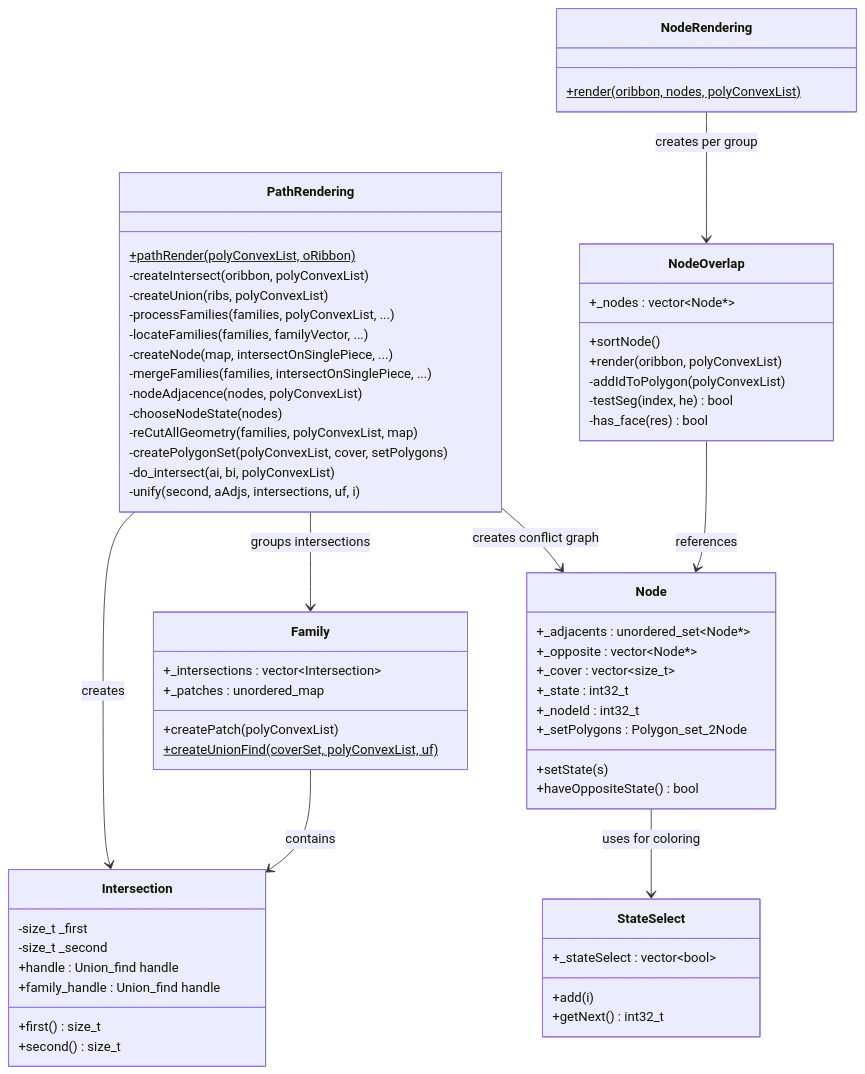
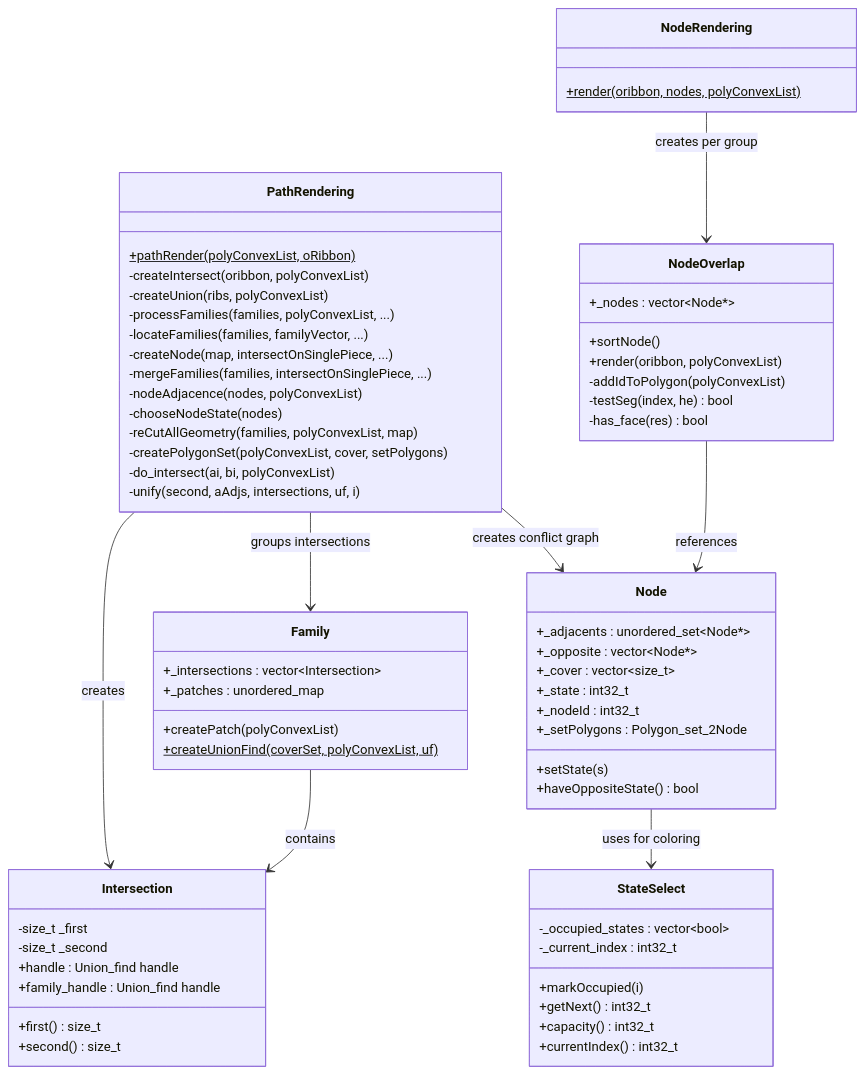
Before and after one commit to luckyrantanplan/labyc: the second of 4 diagrams in LabyPath/src/flatteningOverlap/README.md, drawn with Mermaid. The commit also changed 2 other files, not shown here.

Commit message:
Update docs, fix test comment, verify StateSelect field names match
- README.md: update C++ test count to 211, update coverage table with test_smoke_svg
- flatteningOverlap README.md: update StateSelect diagram with renamed fields
- test_smoke_svg.cpp: fix XML angle bracket in doc comment

````diff
--- a/LabyPath/src/flatteningOverlap/README.md
+++ b/LabyPath/src/flatteningOverlap/README.md
@@ -38,72 +38,75 @@
 ```mermaid
 classDiagram
     class PathRendering {
         +pathRender(polyConvexList, oRibbon)$
         -createIntersect(oribbon, polyConvexList)
         -createUnion(ribs, polyConvexList)
         -processFamilies(families, polyConvexList, ...)
         -locateFamilies(families, familyVector, ...)
         -createNode(map, intersectOnSinglePiece, ...)
         -mergeFamilies(families, intersectOnSinglePiece, ...)
         -nodeAdjacence(nodes, polyConvexList)
         -chooseNodeState(nodes)
         -reCutAllGeometry(families, polyConvexList, map)
         -createPolygonSet(polyConvexList, cover, setPolygons)
         -do_intersect(ai, bi, polyConvexList)
         -unify(second, aAdjs, intersections, uf, i)
     }
 
     class Intersection {
         -size_t _first
         -size_t _second
         +first() size_t
         +second() size_t
         +handle : Union_find handle
         +family_handle : Union_find handle
     }
 
     class Family {
         +_intersections : vector~Intersection~
         +_patches : unordered_map
         +createPatch(polyConvexList)
         +createUnionFind(coverSet, polyConvexList, uf)$
     }
 
     class Node {
         +_adjacents : unordered_set~Node*~
         +_opposite : vector~Node*~
         +_cover : vector~size_t~
         +_state : int32_t
         +_nodeId : int32_t
         +_setPolygons : Polygon_set_2Node
         +setState(s)
         +haveOppositeState() bool
     }
 
     class StateSelect {
-        +_stateSelect : vector~bool~
-        +add(i)
+        -_occupied_states : vector~bool~
+        -_current_index : int32_t
+        +markOccupied(i)
         +getNext() int32_t
+        +capacity() int32_t
+        +currentIndex() int32_t
     }
 
     class NodeOverlap {
         +_nodes : vector~Node*~
         +sortNode()
         +render(oribbon, polyConvexList)
         -addIdToPolygon(polyConvexList)
         -testSeg(index, he) bool
         -has_face(res) bool
     }
 
     class NodeRendering {
         +render(oribbon, nodes, polyConvexList)$
     }
 
     PathRendering --> Intersection : creates
     PathRendering --> Family : groups intersections
     PathRendering --> Node : creates conflict graph
     Family --> Intersection : contains
     NodeRendering --> NodeOverlap : creates per group
     NodeOverlap --> Node : references
     Node --> StateSelect : uses for coloring
 ```
````
